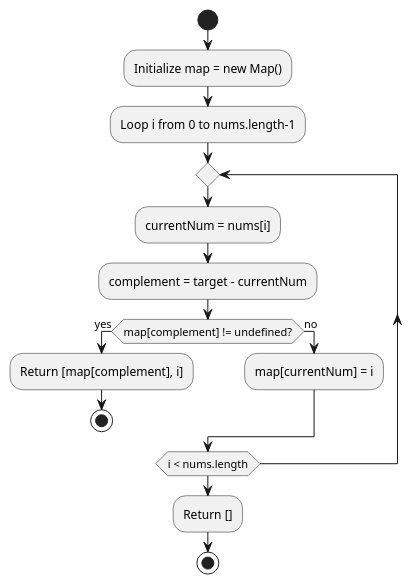
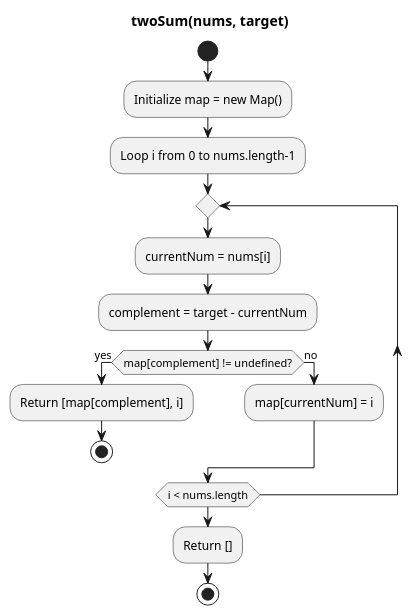
Before and after one commit to nikhilrstg18/stacks: the second of 2 diagrams in content/06_dsa/03_coding_patterns/00_two_pointers/00_two_sum/two_sum.md, drawn with PlantUML. The commit also changed other lines of this file and 1 other file, not shown here.

Commit message:
+3sum started

````diff
--- a/content/06_dsa/03_coding_patterns/00_two_pointers/00_two_sum/two_sum.md
+++ b/content/06_dsa/03_coding_patterns/00_two_pointers/00_two_sum/two_sum.md
@@ -251,27 +294,29 @@
-```plantuml:title=Algorithm
+```plantuml
 @startuml
+title twoSum(nums, target)
+
 start
 
 :Initialize map = new Map();
 
 :Loop i from 0 to nums.length-1;
 
 repeat
 :currentNum = nums[i];
 :complement = target - currentNum;
 
 if (map[complement] != undefined?) then (yes)
 :Return [map[complement], i];
 stop
 else (no)
 :map[currentNum] = i;
 endif
 
 repeat while (i < nums.length)
 
 :Return [];
 
 stop
 @enduml
 
 ```
````
